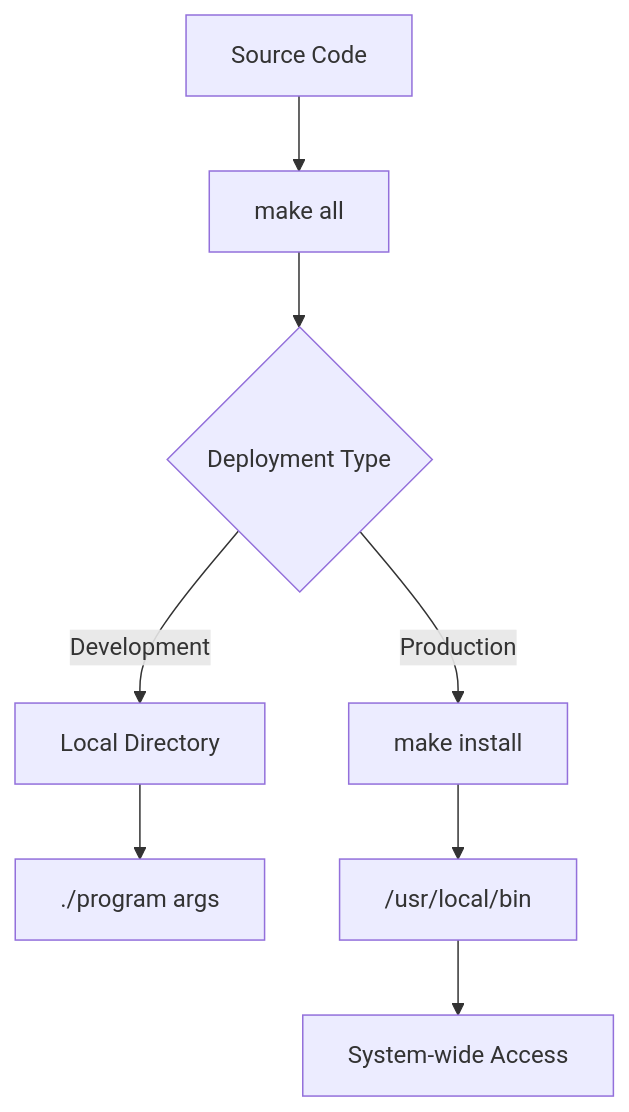
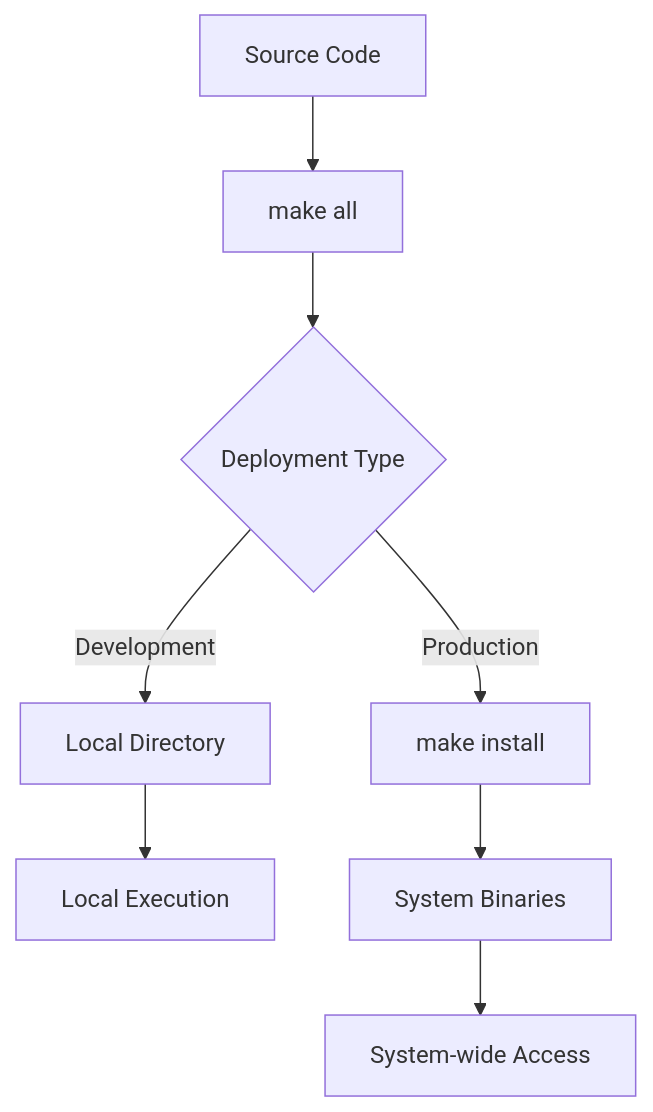
The third of 3 diagrams in BUILD.md (danindiana/enterprise-document-treesearch), drawn with Mermaid before and after one commit.

Commit message:
docs: simplify Mermaid diagram labels to fix syntax errors

````diff
--- a/BUILD.md
+++ b/BUILD.md
@@ -325,13 +325,13 @@
 ```mermaid
 graph TD
     A[Source Code] --> B[make all]
     B --> C{Deployment Type}
 
     C -->|Development| D[Local Directory]
     C -->|Production| E[make install]
 
-    D --> D1["./program args"]
-    E --> E1["/usr/local/bin"]
+    D --> D1[Local Execution]
+    E --> E1[System Binaries]
 
     E1 --> F[System-wide Access]
 ```
````
